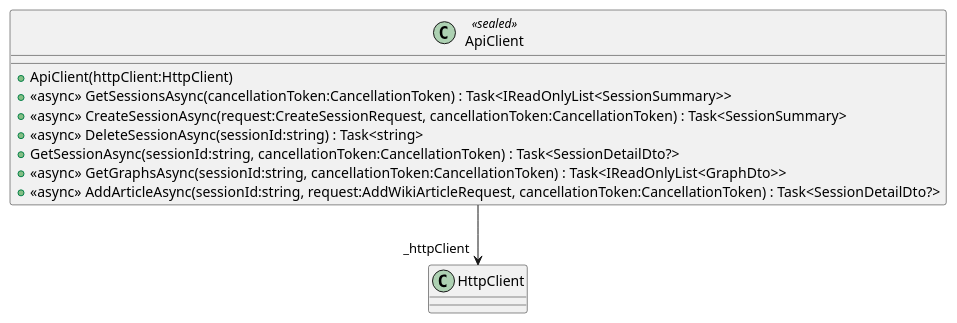
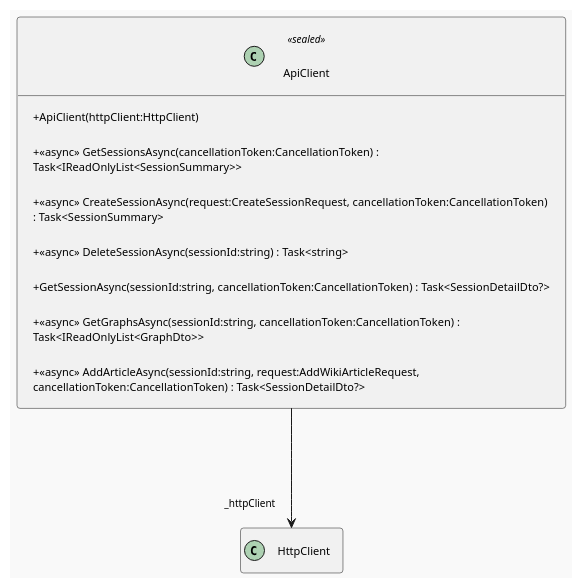
One commit to Tirth-Thakkar/WikiGraph changed the diagram in uml/WikiGraph.Client/Services/ApiClient.puml. Above: the diagram before and after it, drawn with PlantUML. The commit also changed 68 other files, not shown here.

Commit message:
report ready uml

```diff
--- a/uml/WikiGraph.Client/Services/ApiClient.puml
+++ b/uml/WikiGraph.Client/Services/ApiClient.puml
@@ -1,12 +1,31 @@
 @startuml
+'
+' Detailed per-file layout for readable subdiagram renders.
+!theme mars
+scale max 1024*768
+top to bottom direction
+skinparam linetype ortho
+skinparam shadowing false
+skinparam roundCorner 6
+skinparam ranksep 120
+skinparam nodesep 120
+skinparam padding 10
+skinparam WrapWidth 520
+skinparam DefaultFontSize 12
+skinparam ClassFontSize 13
+skinparam ClassAttributeFontSize 11
+skinparam ClassStereotypeFontSize 10
+skinparam ArrowFontSize 10
+skinparam classAttributeIconSize 0
+hide empty members
 class ApiClient <<sealed>> {
     + ApiClient(httpClient:HttpClient)
     + <<async>> GetSessionsAsync(cancellationToken:CancellationToken) : Task<IReadOnlyList<SessionSummary>>
     + <<async>> CreateSessionAsync(request:CreateSessionRequest, cancellationToken:CancellationToken) : Task<SessionSummary>
     + <<async>> DeleteSessionAsync(sessionId:string) : Task<string>
     + GetSessionAsync(sessionId:string, cancellationToken:CancellationToken) : Task<SessionDetailDto?>
     + <<async>> GetGraphsAsync(sessionId:string, cancellationToken:CancellationToken) : Task<IReadOnlyList<GraphDto>>
     + <<async>> AddArticleAsync(sessionId:string, request:AddWikiArticleRequest, cancellationToken:CancellationToken) : Task<SessionDetailDto?>
 }
 ApiClient --> "_httpClient" HttpClient
 @enduml
```
